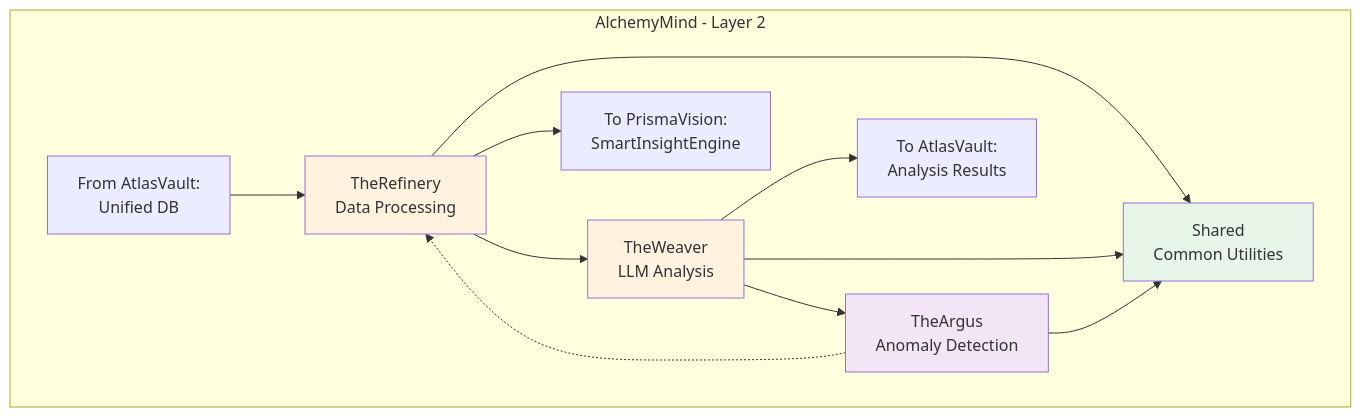
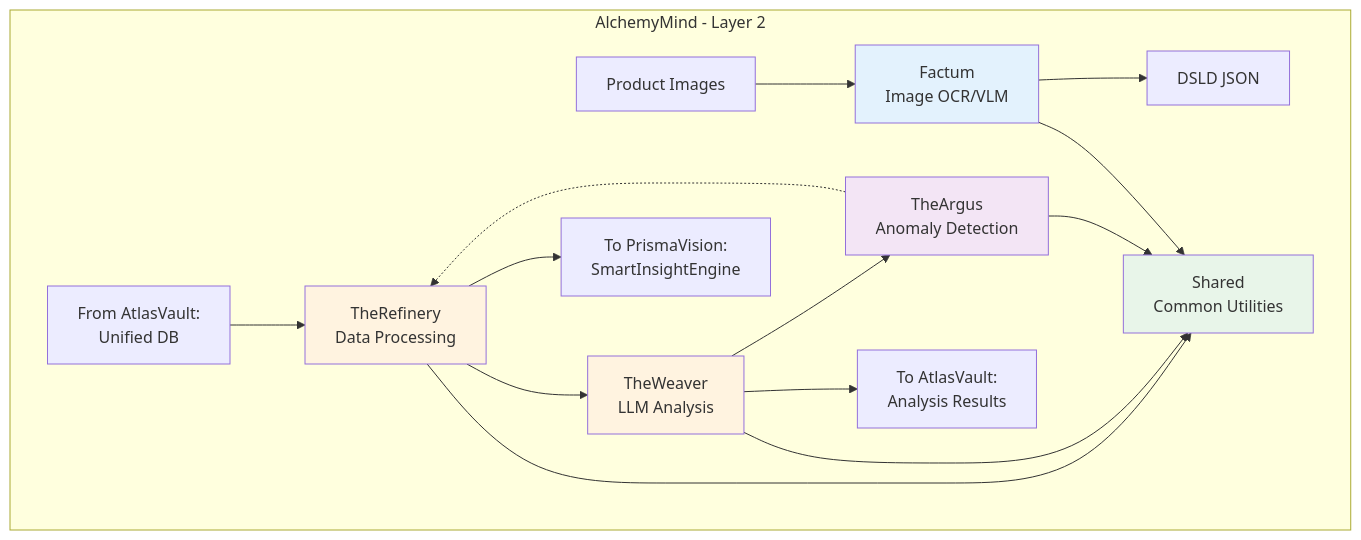
Before and after one commit to mapleelpam/LuminNexus-LearningMap: the first of 2 diagrams in projects/alchemymind/00_overview.md, drawn with Mermaid. The commit also changed other lines of this file and 1 other file, not shown here.

Commit message:
docs: Add Factum documentation and update AlchemyMind overview

````diff
--- a/projects/alchemymind/00_overview.md
+++ b/projects/alchemymind/00_overview.md
@@ -49,28 +49,35 @@
 ```mermaid
 graph TB
     subgraph "AlchemyMind - Layer 2"
         IN[From AtlasVault:<br/>Unified DB]
+        IMG[Product Images]
 
         R[TheRefinery<br/>Data Processing]
         W[TheWeaver<br/>LLM Analysis]
         A[TheArgus<br/>Anomaly Detection]
+        F[Factum<br/>Image OCR/VLM]
         S[Shared<br/>Common Utilities]
 
         IN --> R
         R --> W
         W --> A
         A -.-> R
 
+        IMG --> F
+        F --> DSLD[DSLD JSON]
+
         R --> S
         W --> S
         A --> S
+        F --> S
 
         W --> OUT1[To AtlasVault:<br/>Analysis Results]
         R --> OUT2[To PrismaVision:<br/>SmartInsightEngine]
     end
 
     style R fill:#fff3e0
     style W fill:#fff3e0
     style A fill:#f3e5f5
+    style F fill:#e3f2fd
     style S fill:#e8f5e9
 ```
````
